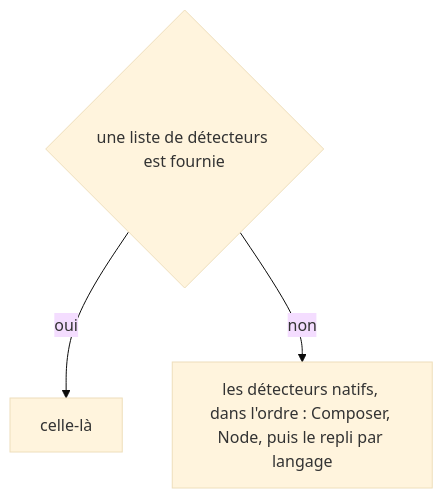
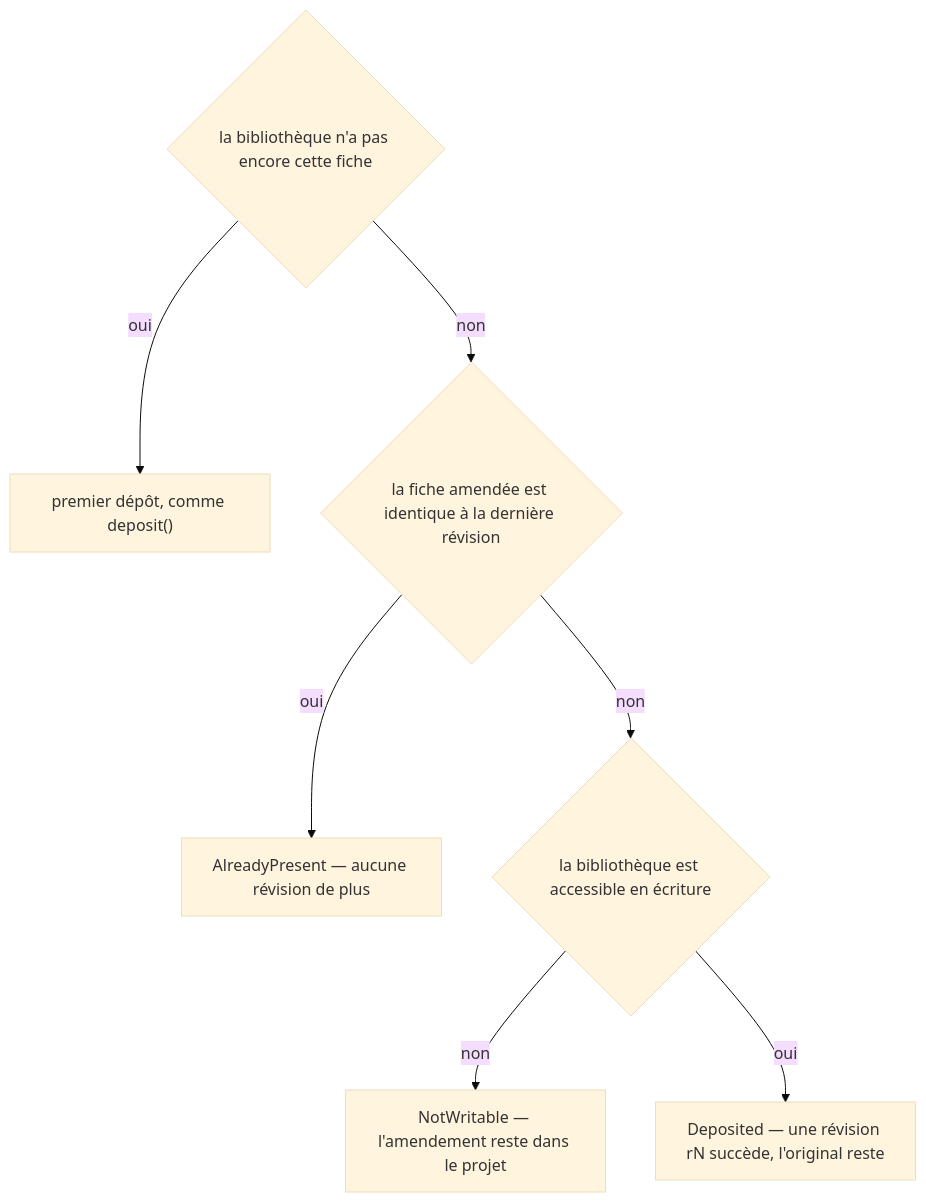
Before and after one commit to jul6art/devtools: the ninth of 9 diagrams in docs/workflows/commands/workflows.accept.md, drawn with Mermaid (base theme). The commit also changed other lines of this file and 98 other files, not shown here.

````diff
--- a/docs/workflows/commands/workflows.accept.md
+++ b/docs/workflows/commands/workflows.accept.md
@@ -115,6 +111,10 @@
 ```mermaid
 flowchart TD
-  d1{"une liste de détecteurs est fournie"}
-  d1 -->|oui| v1["celle-là"]
-  d1 -->|non| v2["les détecteurs natifs, dans l'ordre : Composer, Node, puis le repli par langage"]
+  d0{"la bibliothèque n'a pas encore cette fiche"}
+  d0 -->|oui| v0["premier dépôt, comme deposit()"]
+  d0 -->|non| d1{"la fiche amendée est identique à la dernière révision"}
+  d1 -->|oui| v1["AlreadyPresent — aucune révision de plus"]
+  d1 -->|non| d2{"la bibliothèque est accessible en écriture"}
+  d2 -->|non| v2["NotWritable — l'amendement reste dans le projet"]
+  d2 -->|oui| v3["Deposited — une révision rN succède, l'original reste"]
 ```
````
